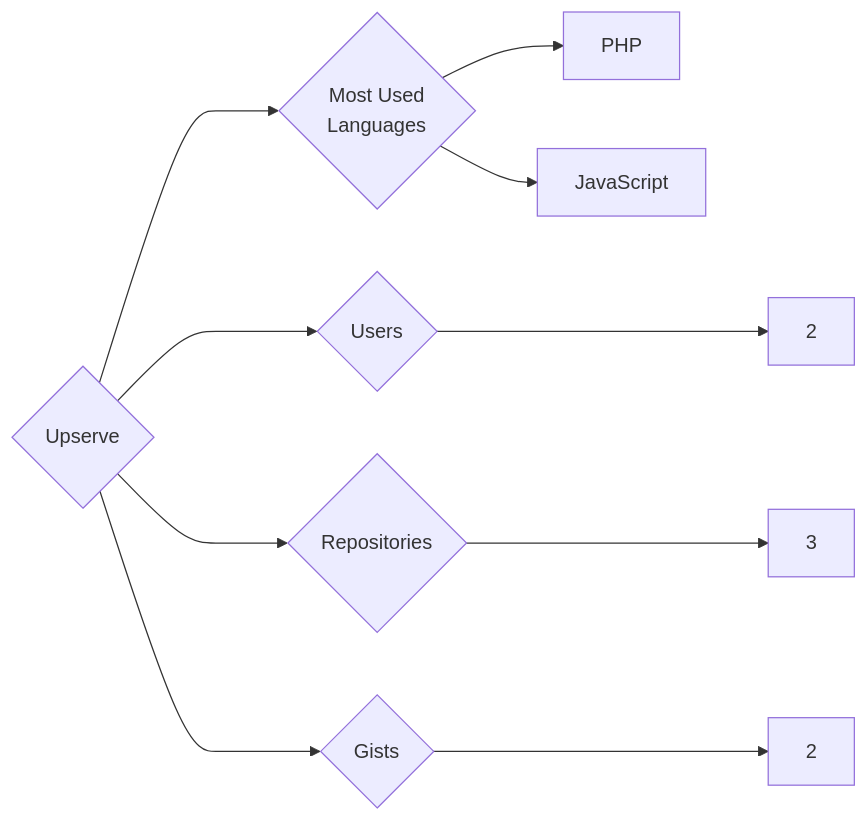
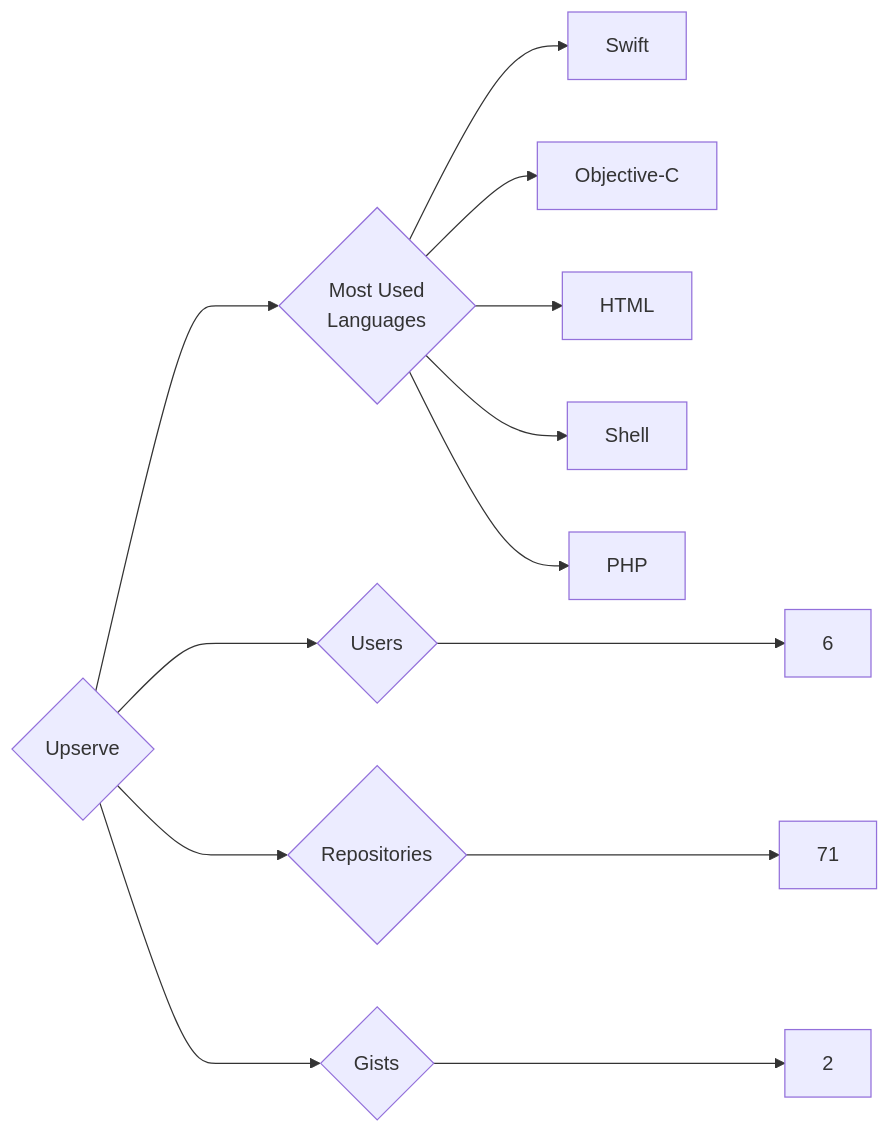
Before and after one commit to trickest/insiders: the diagram in targets/Upserve/README.md, drawn with Mermaid. The commit also changed 823 other files, not shown here.

````diff
--- a/targets/Upserve/README.md
+++ b/targets/Upserve/README.md
@@ -3,10 +3,13 @@
 ```mermaid
 graph LR
 COMPANY_NAME{Upserve}
-COMPANY_NAME ---> U{Users} ---> UN[2]
-COMPANY_NAME ---> R{Repositories} ---> RN[3]
+COMPANY_NAME ---> U{Users} ---> UN[6]
+COMPANY_NAME ---> R{Repositories} ---> RN[71]
 COMPANY_NAME ---> G{Gists} ---> GN[2]
 COMPANY_NAME ---> ML{Most Used<br>Languages}
+ML --> Swift[Swift]
+ML --> Objective-C[Objective-C]
+ML --> HTML[HTML]
+ML --> Shell[Shell]
 ML --> PHP[PHP]
-ML --> JavaScript[JavaScript]
 ```
````
